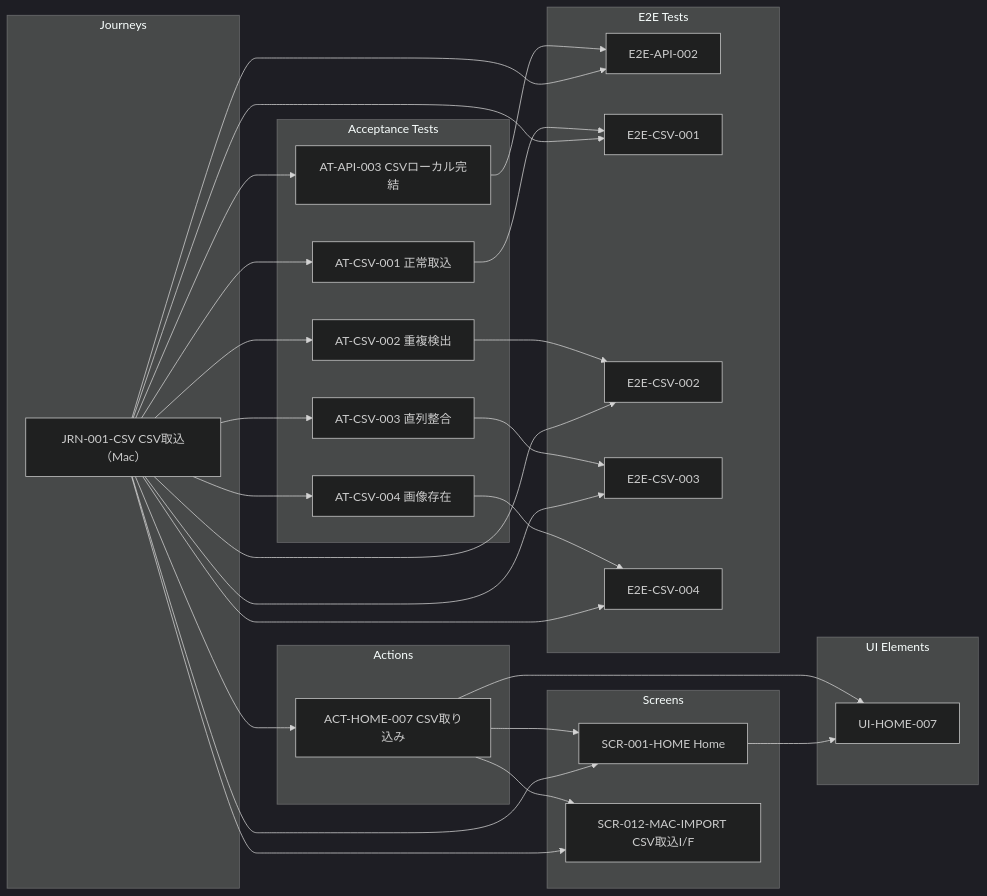
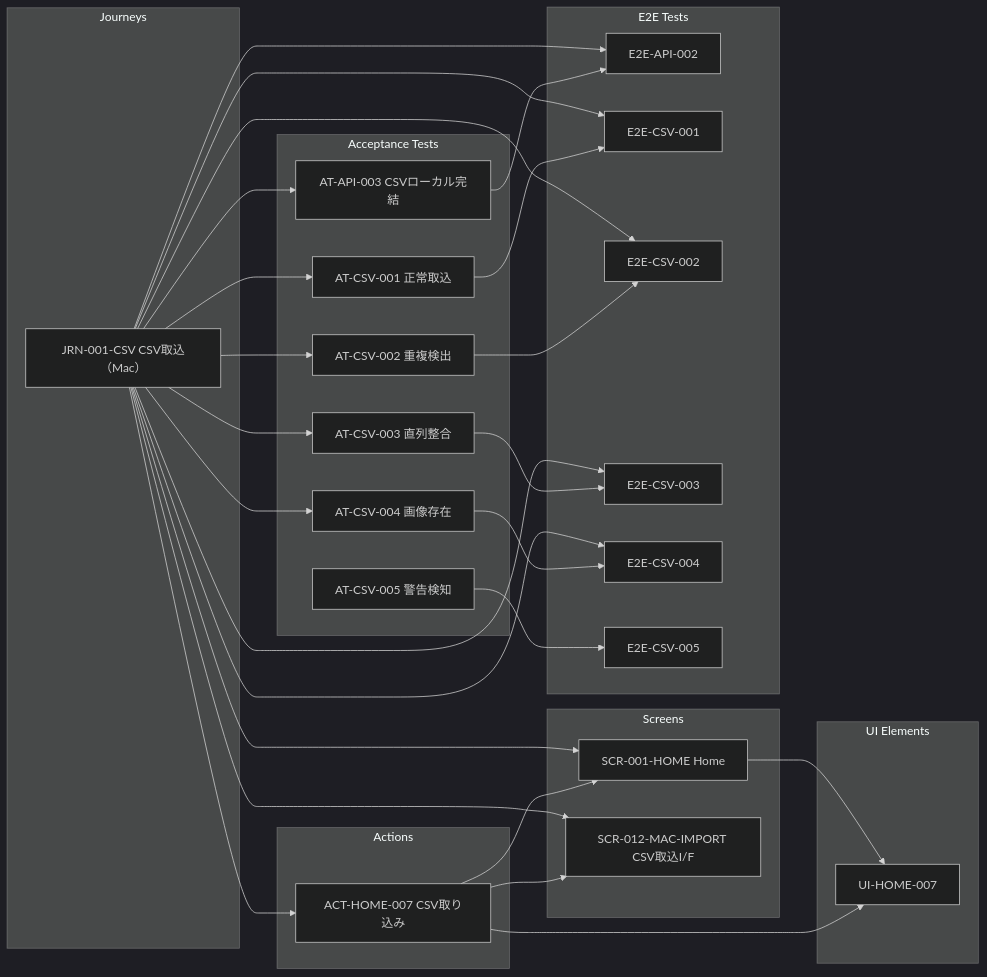
One commit to h-sakanet/capd_navi changed the diagram in docs/generated/screens/SCR-012-MAC-IMPORT.md. Above: the diagram before and after it, drawn with Mermaid (dark theme). The commit also changed 763 other files, not shown here.

````diff
--- a/docs/generated/screens/SCR-012-MAC-IMPORT.md
+++ b/docs/generated/screens/SCR-012-MAC-IMPORT.md
@@ -3,53 +3,56 @@
 ```mermaid
 flowchart LR
   %% SCR-012-MAC-IMPORT
   subgraph JRN["Journeys"]
-    N12["JRN-001-CSV CSV取込（Mac）"]
+    N14["JRN-001-CSV CSV取込（Mac）"]
   end
   subgraph ACT["Actions"]
     N1["ACT-HOME-007 CSV取り込み"]
   end
   subgraph SCR["Screens"]
-    N13["SCR-001-HOME Home"]
-    N14["SCR-012-MAC-IMPORT CSV取込I/F"]
+    N15["SCR-001-HOME Home"]
+    N16["SCR-012-MAC-IMPORT CSV取込I/F"]
   end
   subgraph UI["UI Elements"]
-    N15["UI-HOME-007"]
+    N17["UI-HOME-007"]
   end
   subgraph AT["Acceptance Tests"]
     N2["AT-API-003 CSVローカル完結"]
     N3["AT-CSV-001 正常取込"]
     N4["AT-CSV-002 重複検出"]
     N5["AT-CSV-003 直列整合"]
     N6["AT-CSV-004 画像存在"]
+    N7["AT-CSV-005 警告検知"]
   end
   subgraph E2E["E2E Tests"]
-    N7["E2E-API-002"]
-    N8["E2E-CSV-001"]
-    N9["E2E-CSV-002"]
-    N10["E2E-CSV-003"]
-    N11["E2E-CSV-004"]
+    N8["E2E-API-002"]
+    N9["E2E-CSV-001"]
+    N10["E2E-CSV-002"]
+    N11["E2E-CSV-003"]
+    N12["E2E-CSV-004"]
+    N13["E2E-CSV-005"]
   end
-  N1 --> N13
-  N1 --> N14
   N1 --> N15
-  N2 --> N7
-  N3 --> N8
-  N4 --> N9
-  N5 --> N10
-  N6 --> N11
-  N12 --> N1
-  N12 --> N2
-  N12 --> N3
-  N12 --> N4
-  N12 --> N5
-  N12 --> N6
-  N12 --> N7
-  N12 --> N8
-  N12 --> N9
-  N12 --> N10
-  N12 --> N11
-  N12 --> N13
-  N12 --> N14
-  N13 --> N15
+  N1 --> N16
+  N1 --> N17
+  N2 --> N8
+  N3 --> N9
+  N4 --> N10
+  N5 --> N11
+  N6 --> N12
+  N7 --> N13
+  N14 --> N1
+  N14 --> N2
+  N14 --> N3
+  N14 --> N4
+  N14 --> N5
+  N14 --> N6
+  N14 --> N8
+  N14 --> N9
+  N14 --> N10
+  N14 --> N11
+  N14 --> N12
+  N14 --> N15
+  N14 --> N16
+  N15 --> N17
 ```
````
